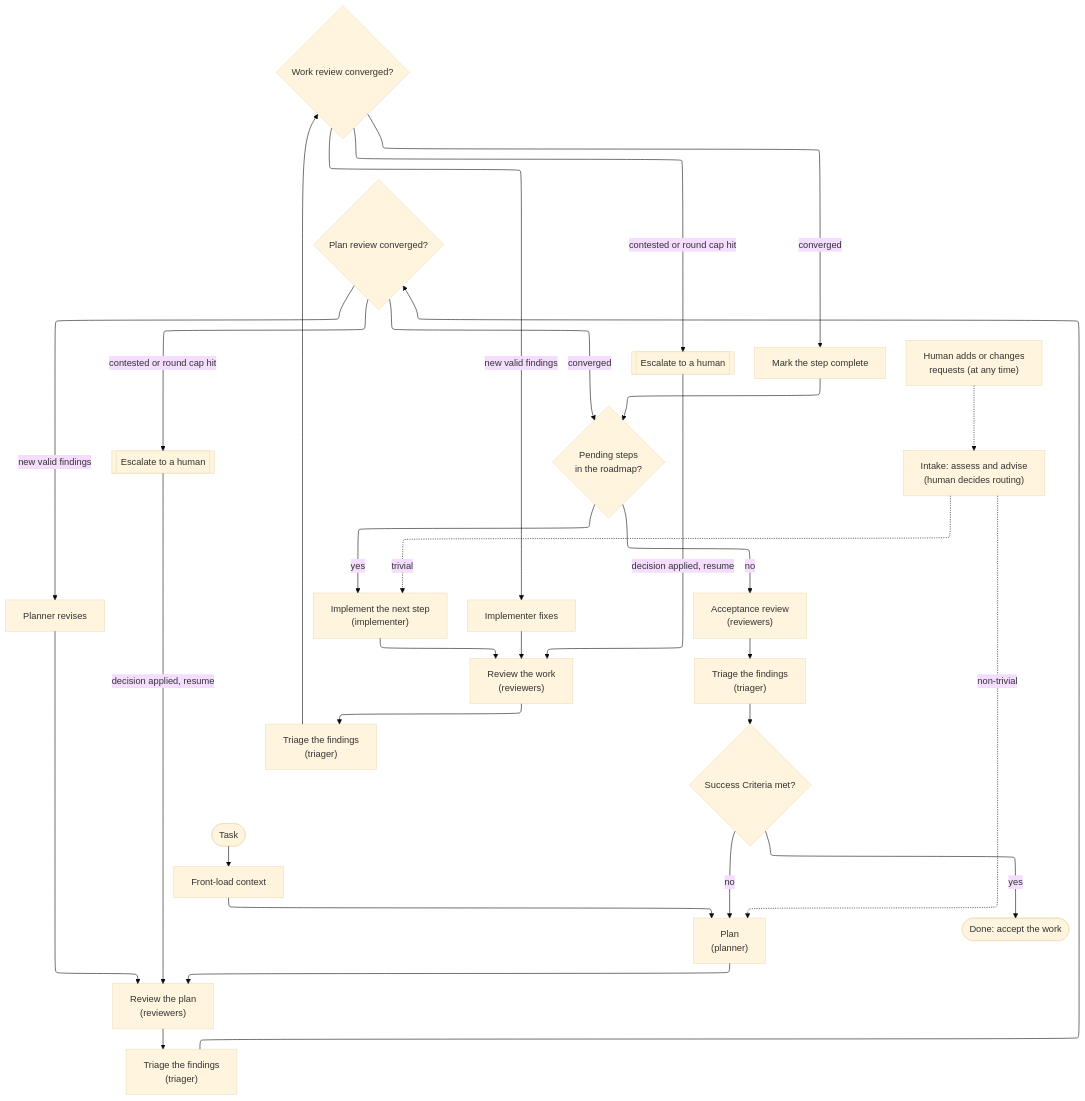
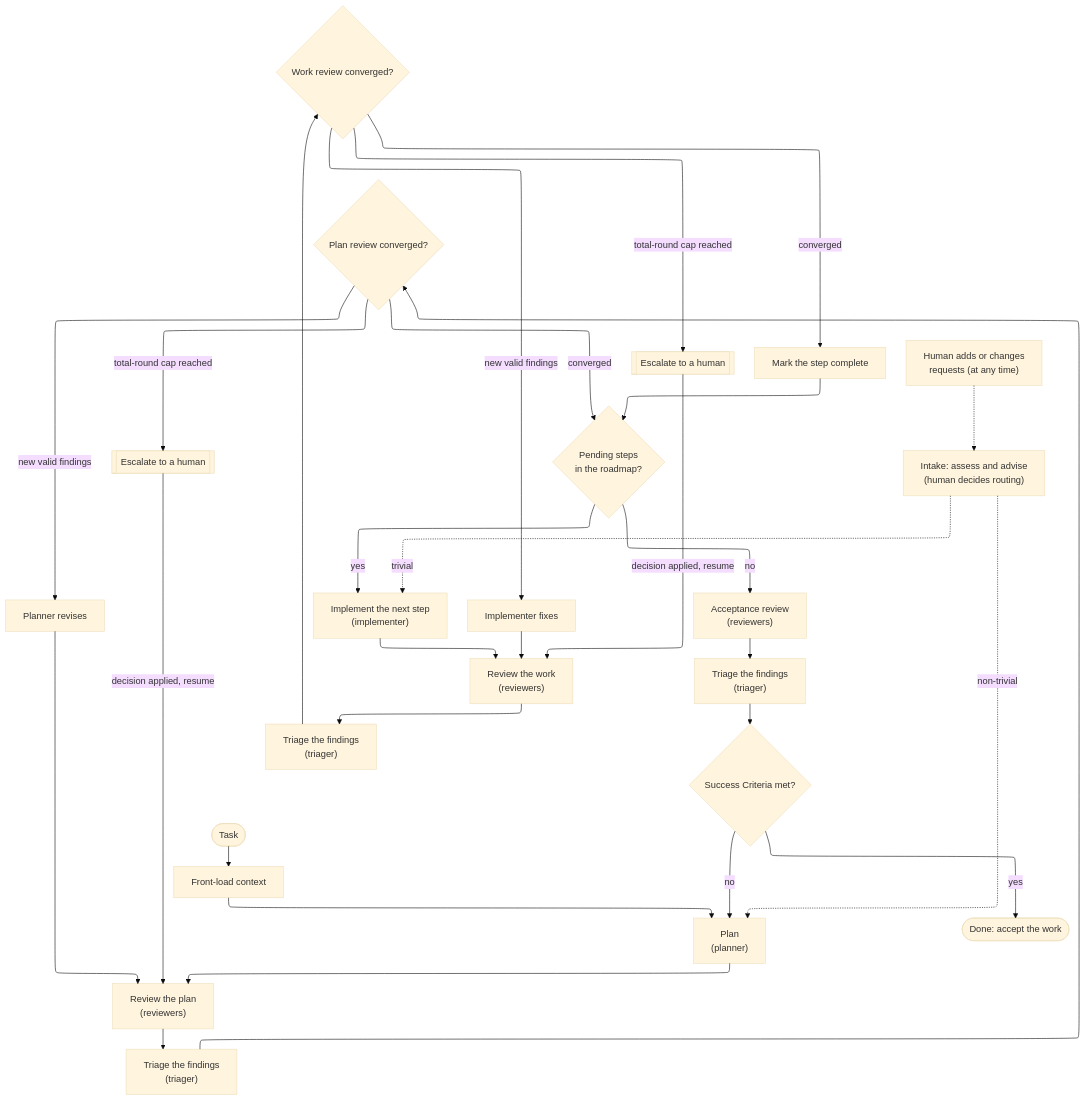
The diagram in README.md (nothingnesses/agent-scaffold), drawn with Mermaid (base theme) before and after one commit. The commit also changed 10 other files, not shown here.

First line of the commit message:
feat(pack): drop the contested-rounds cap for a single total-round cap

````diff
--- a/README.md
+++ b/README.md
@@ -79,35 +79,35 @@
 ```mermaid
 ---
 config:
   layout: elk
 ---
 flowchart TB
     start(["Task"]) --> ctx["Front-load context"]
     ctx --> plan["Plan<br/>(planner)"]
     plan --> preview["Review the plan<br/>(reviewers)"]
     preview --> ptriage["Triage the findings<br/>(triager)"]
     ptriage --> pdec{"Plan review converged?"}
     pdec -->|new valid findings| previse["Planner revises"]
     previse --> preview
-    pdec -->|contested or round cap hit| pesc[["Escalate to a human"]]
+    pdec -->|total-round cap reached| pesc[["Escalate to a human"]]
     pesc -->|decision applied, resume| preview
     pdec -->|converged| steps{"Pending steps<br/>in the roadmap?"}
     steps -->|yes| impl["Implement the next step<br/>(implementer)"]
     impl --> wreview["Review the work<br/>(reviewers)"]
     wreview --> wtriage["Triage the findings<br/>(triager)"]
     wtriage --> wdec{"Work review converged?"}
     wdec -->|new valid findings| wfix["Implementer fixes"]
     wfix --> wreview
-    wdec -->|contested or round cap hit| wesc[["Escalate to a human"]]
+    wdec -->|total-round cap reached| wesc[["Escalate to a human"]]
     wesc -->|decision applied, resume| wreview
     wdec -->|converged| mark["Mark the step complete"]
     mark --> steps
     steps -->|no| accept["Acceptance review<br/>(reviewers)"]
     accept --> atriage["Triage the findings<br/>(triager)"]
     atriage --> adec{"Success Criteria met?"}
     adec -->|no| plan
     adec -->|yes| done(["Done: accept the work"])
     interrupt["Human adds or changes<br/>requests (at any time)"] -.-> intake["Intake: assess and advise<br/>(human decides routing)"]
     intake -.->|non-trivial| plan
     intake -.->|trivial| impl
 ```
````
